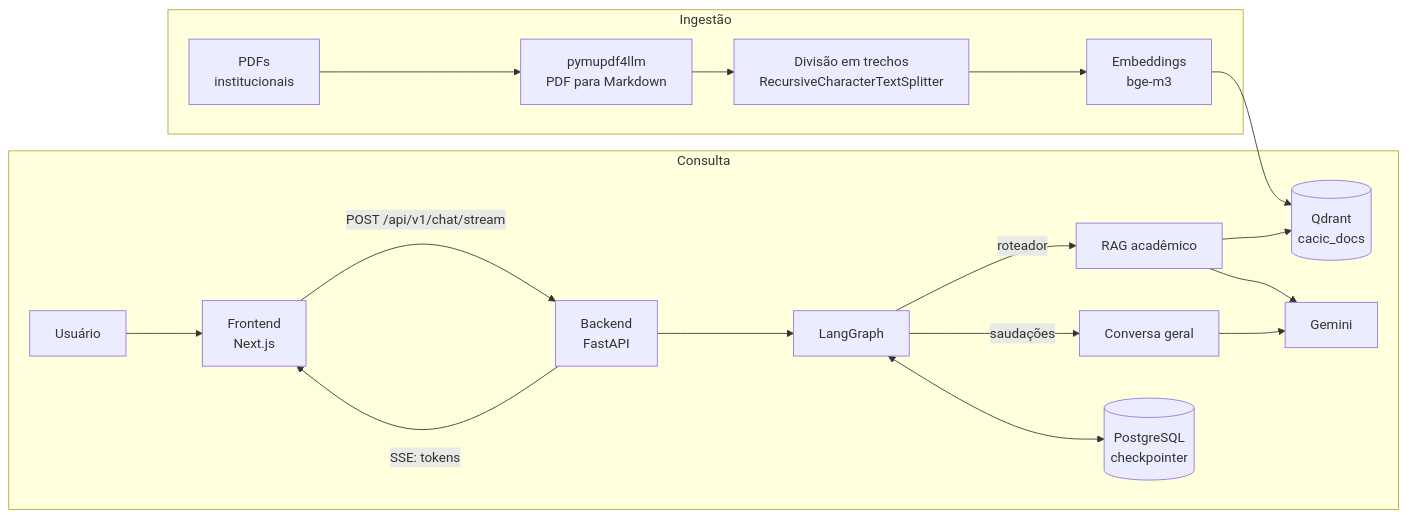
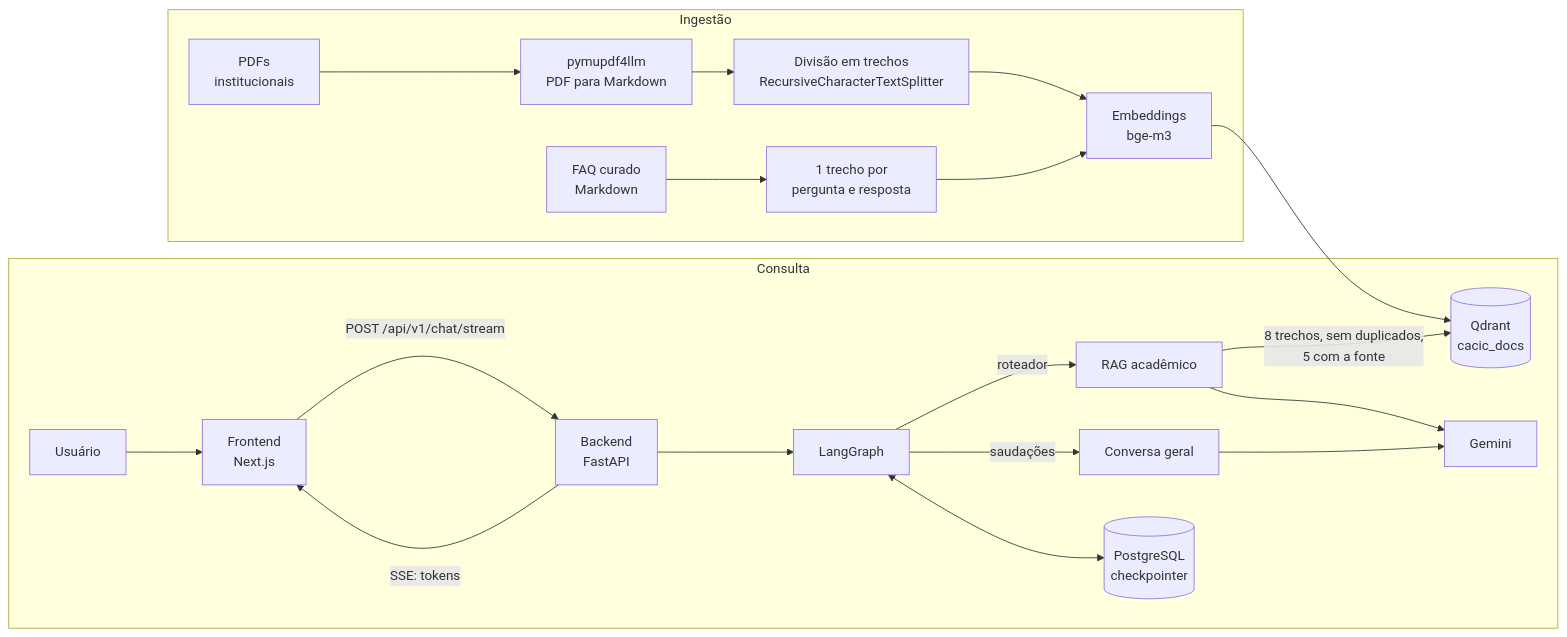
One commit to bcjesus-01/cacic_assistant_v2 changed the diagram in README.md. Above: the diagram before and after it, drawn with Mermaid. The commit also changed other lines of this file, not shown here.

````diff
--- a/README.md
+++ b/README.md
@@ -17,22 +19,24 @@
 ```mermaid
 flowchart LR
     subgraph Ingestão
         D[PDFs<br/>institucionais] --> E[pymupdf4llm<br/>PDF para Markdown]
         E --> CH[Divisão em trechos<br/>RecursiveCharacterTextSplitter]
+        FAQ[FAQ curado<br/>Markdown] --> SEC[1 trecho por<br/>pergunta e resposta]
         CH --> EM[Embeddings<br/>bge-m3]
+        SEC --> EM
     end
     EM --> Q[(Qdrant<br/>cacic_docs)]
 
     subgraph Consulta
         U[Usuário] --> F[Frontend<br/>Next.js]
         F -- "POST /api/v1/chat/stream" --> B[Backend<br/>FastAPI]
         B -- "SSE: tokens" --> F
         B --> G[LangGraph]
         G -- "roteador" --> R[RAG acadêmico]
         G -- "saudações" --> C[Conversa geral]
-        R --> Q
+        R -- "8 trechos, sem duplicados,<br/>5 com a fonte" --> Q
         R --> L[Gemini]
         C --> L
         G <--> P[(PostgreSQL<br/>checkpointer)]
     end
 ```
````
